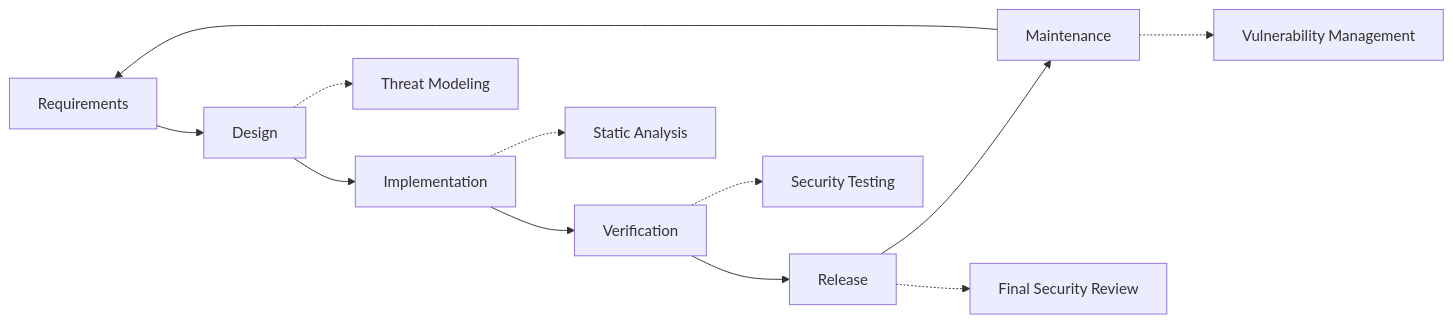
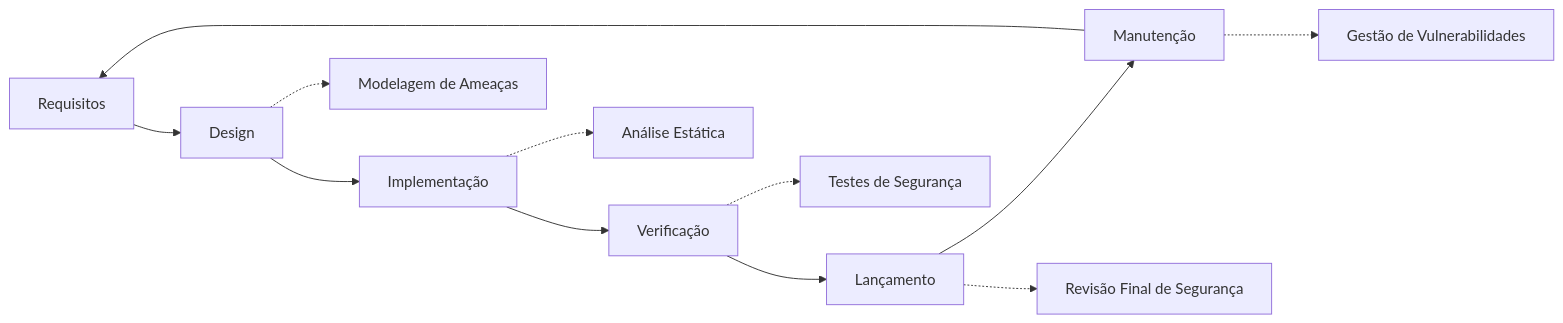
One commit to forwardemail/forwardemail.net changed the diagram in app/views/security/index-pt.md. Above: the diagram before and after it, drawn with Mermaid. The commit also changed other lines of this file and 1055 other files, not shown here.

````diff
--- a/app/views/security/index-pt.md
+++ b/app/views/security/index-pt.md
@@ -157,14 +165,14 @@
 ```mermaid
 flowchart LR
-    A[Requirements] --> B[Design]
-    B --> C[Implementation]
-    C --> D[Verification]
-    D --> E[Release]
-    E --> F[Maintenance]
+    A[Requisitos] --> B[Design]
+    B --> C[Implementação]
+    C --> D[Verificação]
+    D --> E[Lançamento]
+    E --> F[Manutenção]
     F --> A
-    B -.-> G[Threat Modeling]
-    C -.-> H[Static Analysis]
-    D -.-> I[Security Testing]
-    E -.-> J[Final Security Review]
-    F -.-> K[Vulnerability Management]
+    B -.-> G[Modelagem de Ameaças]
+    C -.-> H[Análise Estática]
+    D -.-> I[Testes de Segurança]
+    E -.-> J[Revisão Final de Segurança]
+    F -.-> K[Gestão de Vulnerabilidades]
 ```
````
